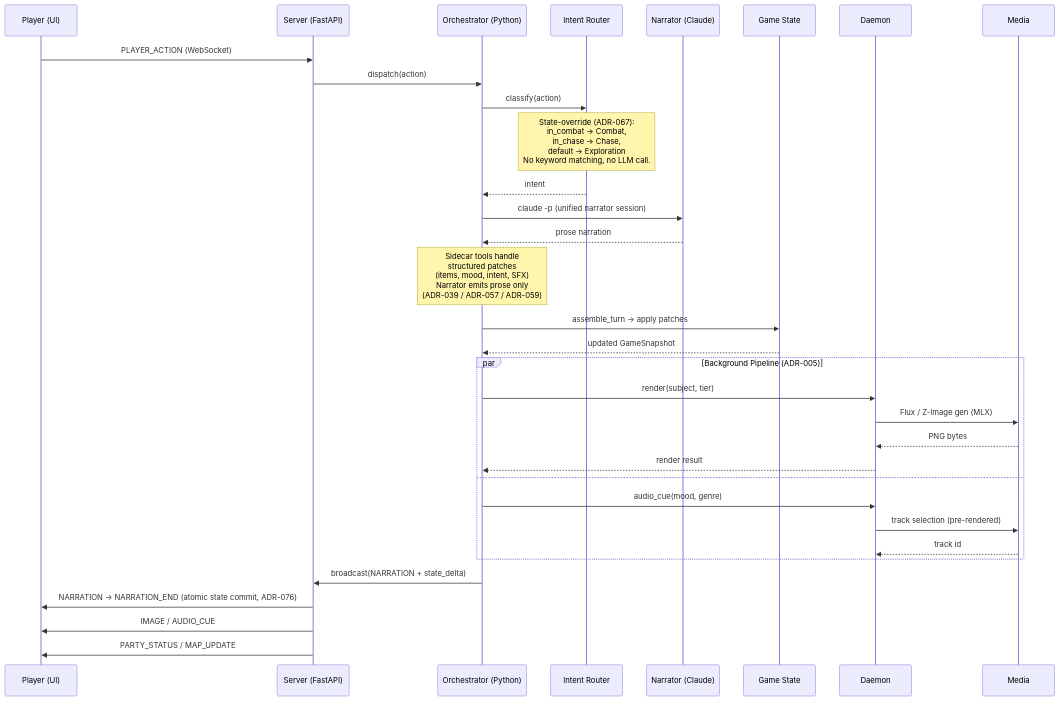
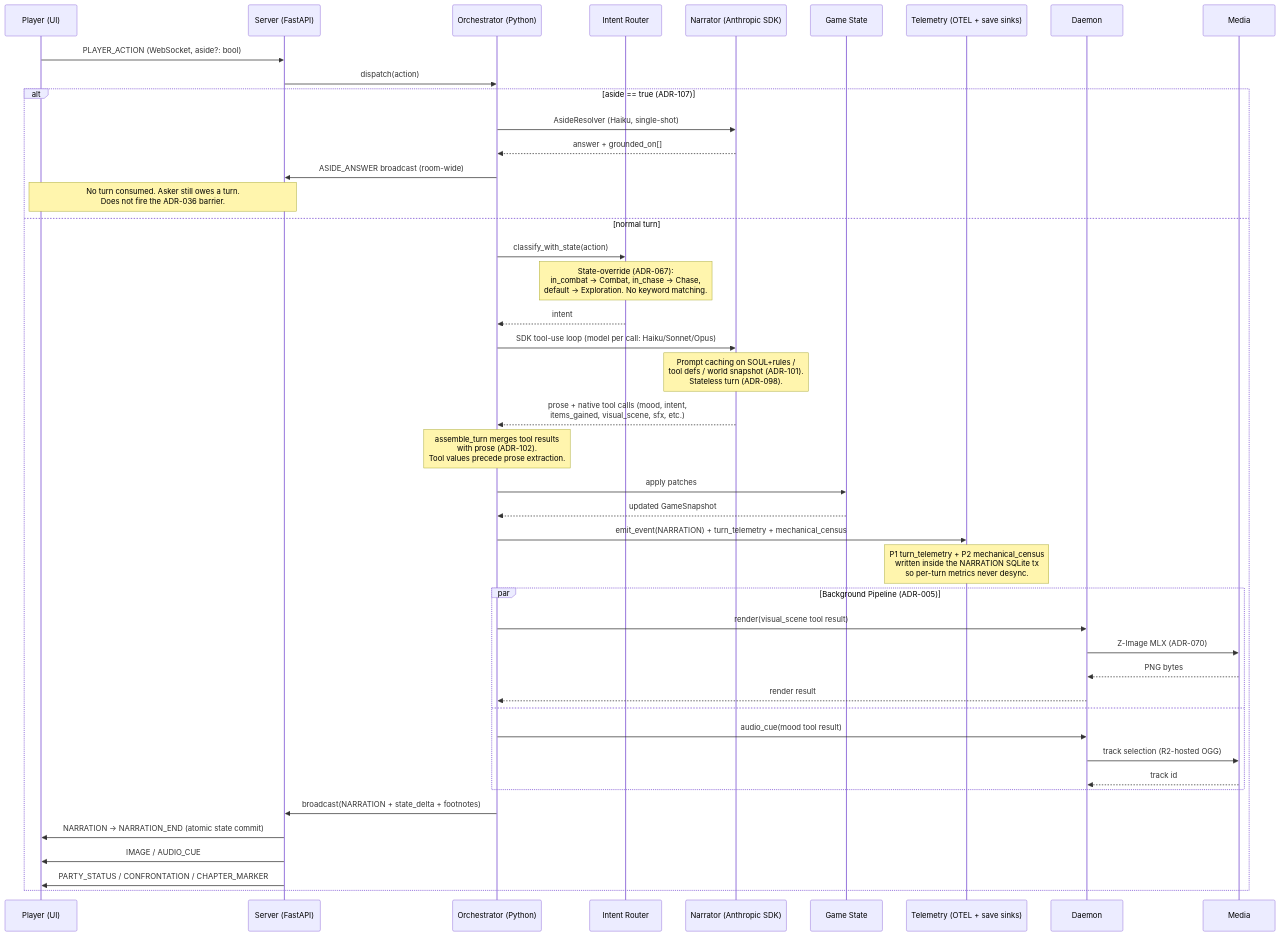
The second of 5 diagrams in docs/system-diagram.md (slabgorb/sidequest), drawn with Mermaid before and after one commit. The commit also changed other lines of this file and 7 other files, not shown here.

````diff
--- a/docs/system-diagram.md
+++ b/docs/system-diagram.md
@@ -87,41 +98,52 @@
 ```mermaid
 sequenceDiagram
     participant P as Player (UI)
     participant S as Server (FastAPI)
     participant O as Orchestrator (Python)
     participant I as Intent Router
-    participant A as Narrator (Claude)
+    participant A as Narrator (Anthropic SDK)
     participant G as Game State
+    participant T as Telemetry (OTEL + save sinks)
     participant D as Daemon
     participant M as Media
 
-    P->>S: PLAYER_ACTION (WebSocket)
+    P->>S: PLAYER_ACTION (WebSocket, aside?: bool)
     S->>O: dispatch(action)
 
-    O->>I: classify(action)
-    Note over I: State-override (ADR-067):<br/>in_combat → Combat,<br/>in_chase → Chase,<br/>default → Exploration<br/>No keyword matching, no LLM call.
-    I-->>O: intent
+    alt aside == true (ADR-107)
+        O->>A: AsideResolver (Haiku, single-shot)
+        A-->>O: answer + grounded_on[]
+        O->>S: ASIDE_ANSWER broadcast (room-wide)
+        Note over S,P: No turn consumed. Asker still owes a turn.<br/>Does not fire the ADR-036 barrier.
+    else normal turn
+        O->>I: classify_with_state(action)
+        Note over I: State-override (ADR-067):<br/>in_combat → Combat, in_chase → Chase,<br/>default → Exploration. No keyword matching.
+        I-->>O: intent
 
-    O->>A: claude -p (unified narrator session)
-    A-->>O: prose narration
-    Note over O: Sidecar tools handle<br/>structured patches<br/>(items, mood, intent, SFX)<br/>Narrator emits prose only<br/>(ADR-039 / ADR-057 / ADR-059)
+        O->>A: SDK tool-use loop (model per call: Haiku/Sonnet/Opus)
+        Note over A: Prompt caching on SOUL+rules /<br/>tool defs / world snapshot (ADR-101).<br/>Stateless turn (ADR-098).
+        A-->>O: prose + native tool calls (mood, intent,<br/>items_gained, visual_scene, sfx, etc.)
+        Note over O: assemble_turn merges tool results<br/>with prose (ADR-102).<br/>Tool values precede prose extraction.
 
-    O->>G: assemble_turn → apply patches
-    G-->>O: updated GameSnapshot
+        O->>G: apply patches
+        G-->>O: updated GameSnapshot
+        O->>T: emit_event(NARRATION) + turn_telemetry + mechanical_census
+        Note over T: P1 turn_telemetry + P2 mechanical_census<br/>written inside the NARRATION SQLite tx<br/>so per-turn metrics never desync.
 
-    par Background Pipeline (ADR-005)
-        O->>D: render(subject, tier)
-        D->>M: Flux / Z-Image gen (MLX)
-        M-->>D: PNG bytes
-        D-->>O: render result
-    and
-        O->>D: audio_cue(mood, genre)
-        D->>M: track selection (pre-rendered)
-        M-->>D: track id
+        par Background Pipeline (ADR-005)
+            O->>D: render(visual_scene tool result)
+            D->>M: Z-Image MLX (ADR-070)
+            M-->>D: PNG bytes
+            D-->>O: render result
+        and
+            O->>D: audio_cue(mood tool result)
+            D->>M: track selection (R2-hosted OGG)
+            M-->>D: track id
+        end
+
+        O->>S: broadcast(NARRATION + state_delta + footnotes)
+        S->>P: NARRATION → NARRATION_END (atomic state commit)
+        S->>P: IMAGE / AUDIO_CUE
+        S->>P: PARTY_STATUS / CONFRONTATION / CHAPTER_MARKER
     end
-
-    O->>S: broadcast(NARRATION + state_delta)
-    S->>P: NARRATION → NARRATION_END (atomic state commit, ADR-076)
-    S->>P: IMAGE / AUDIO_CUE
-    S->>P: PARTY_STATUS / MAP_UPDATE
 ```
````
